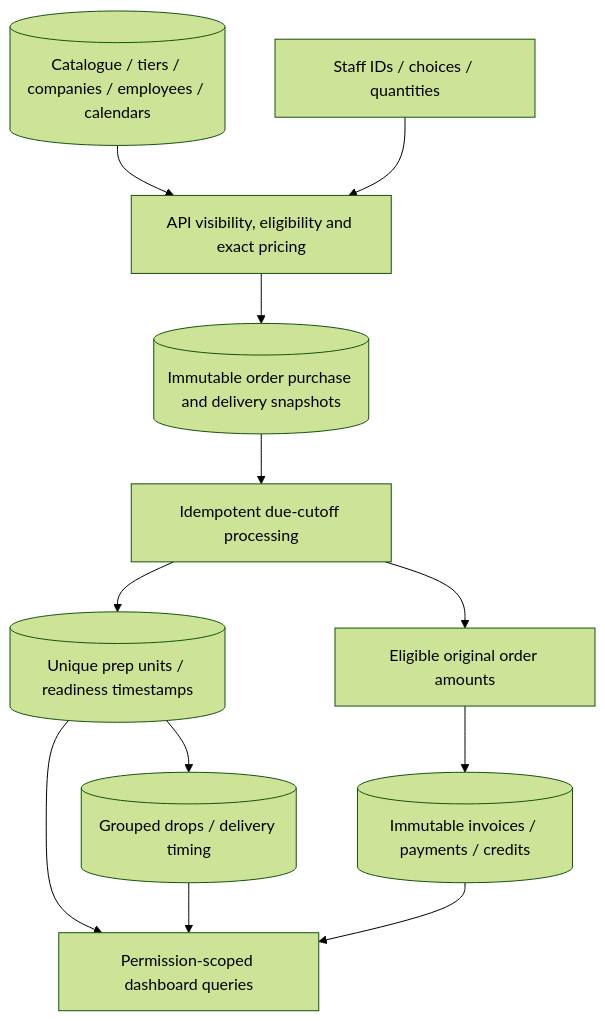
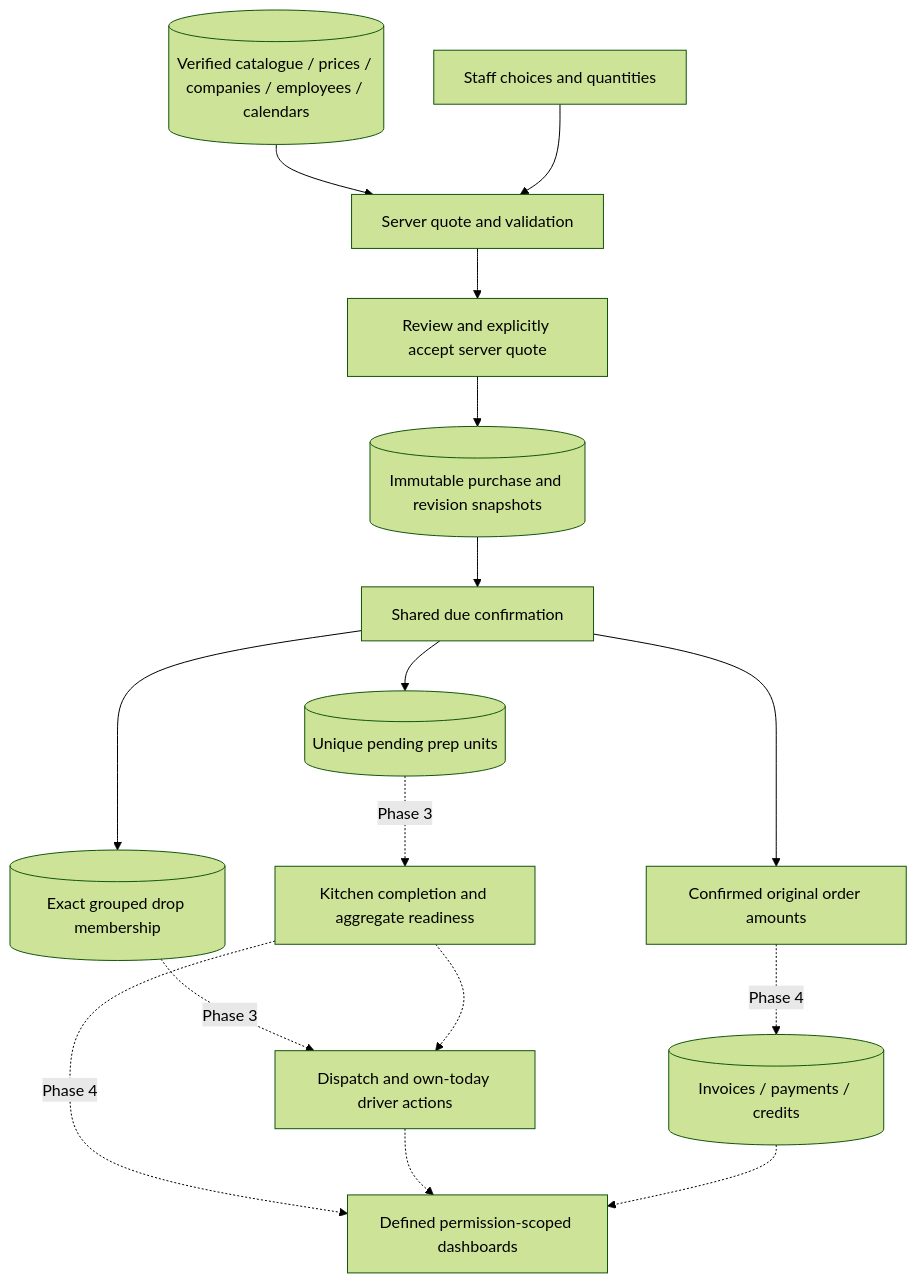
One commit to dishitabuilds/fernleaf-kitchen changed the ninth of 9 diagrams in docs/diagrams.md. Above: the diagram before and after it, drawn with Mermaid (forest theme). The commit also changed other lines of this file and 55 other files, not shown here.

Commit message:
feat(phase-2): complete orders and cutoff processing

````diff
--- a/docs/diagrams.md
+++ b/docs/diagrams.md
@@ -147,14 +194,18 @@
 ```mermaid
 flowchart TB
-    Config[(Catalogue / tiers / companies / employees / calendars)] --> Resolve[API visibility, eligibility and exact pricing]
-    Choices[Staff IDs / choices / quantities] --> Resolve
-    Resolve --> Purchase[(Immutable order purchase and delivery snapshots)]
-    Purchase --> Cutoff[Idempotent due-cutoff processing]
-    Cutoff --> Prep[(Unique prep units / readiness timestamps)]
-    Cutoff --> Billable[Eligible original order amounts]
-    Prep --> Drop[(Grouped drops / delivery timing)]
-    Billable --> Invoice[(Immutable invoices / payments / credits)]
-    Prep --> Dashboard[Permission-scoped dashboard queries]
-    Drop --> Dashboard
-    Invoice --> Dashboard
+    Config[(Verified catalogue / prices / companies / employees / calendars)] --> Resolve[Server quote and validation]
+    Choices[Staff choices and quantities] --> Resolve
+    Resolve --> Accept[Review and explicitly accept server quote]
+    Accept --> Purchase[(Immutable purchase and revision snapshots)]
+    Purchase --> Cutoff[Shared due confirmation]
+    Cutoff --> Prep[(Unique pending prep units)]
+    Cutoff --> Drop[(Exact grouped drop membership)]
+    Cutoff --> Billable[Confirmed original order amounts]
+    Prep -. Phase 3 .-> Kitchen[Kitchen completion and aggregate readiness]
+    Drop -. Phase 3 .-> Delivery[Dispatch and own-today driver actions]
+    Kitchen -.-> Delivery
+    Billable -. Phase 4 .-> Invoice[(Invoices / payments / credits)]
+    Kitchen -. Phase 4 .-> Dashboard[Defined permission-scoped dashboards]
+    Delivery -.-> Dashboard
+    Invoice -.-> Dashboard
 ```
````
